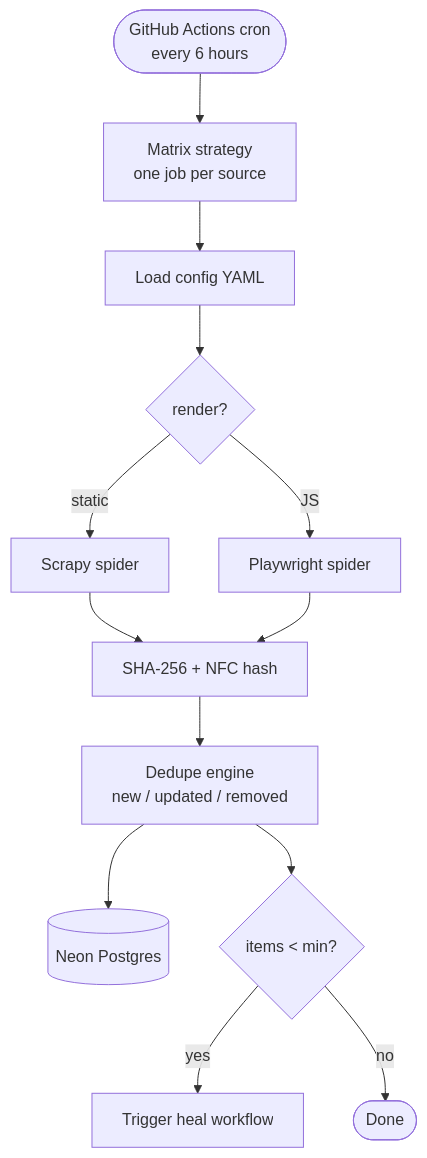
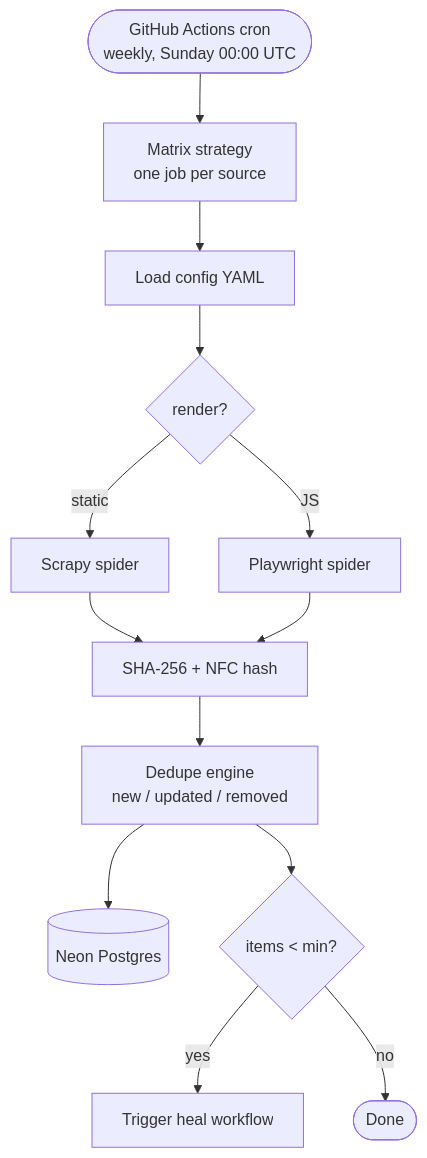
The second of 4 diagrams in README.md (Abdul-Muizz1310/magpie-backend), drawn with Mermaid before and after one commit. The commit also changed other lines of this file and 20 other files, not shown here.

````diff
--- a/README.md
+++ b/README.md
@@ -96,15 +101,15 @@
 ```mermaid
 flowchart TD
-    Cron([GitHub Actions cron<br/>every 6 hours]) --> Matrix[Matrix strategy<br/>one job per source]
+    Cron([GitHub Actions cron<br/>weekly, Sunday 00:00 UTC]) --> Matrix[Matrix strategy<br/>one job per source]
     Matrix --> Load[Load config YAML]
     Load --> Factory{render?}
     Factory -- "static" --> Scrapy[Scrapy spider]
     Factory -- "JS" --> PW[Playwright spider]
     Scrapy --> Hash[SHA-256 + NFC hash]
     PW --> Hash
     Hash --> Dedupe[Dedupe engine<br/>new / updated / removed]
     Dedupe --> DB[(Neon Postgres)]
     Dedupe --> Check{items < min?}
     Check -- "yes" --> Heal[Trigger heal workflow]
     Check -- "no" --> Done([Done])
 ```
````
